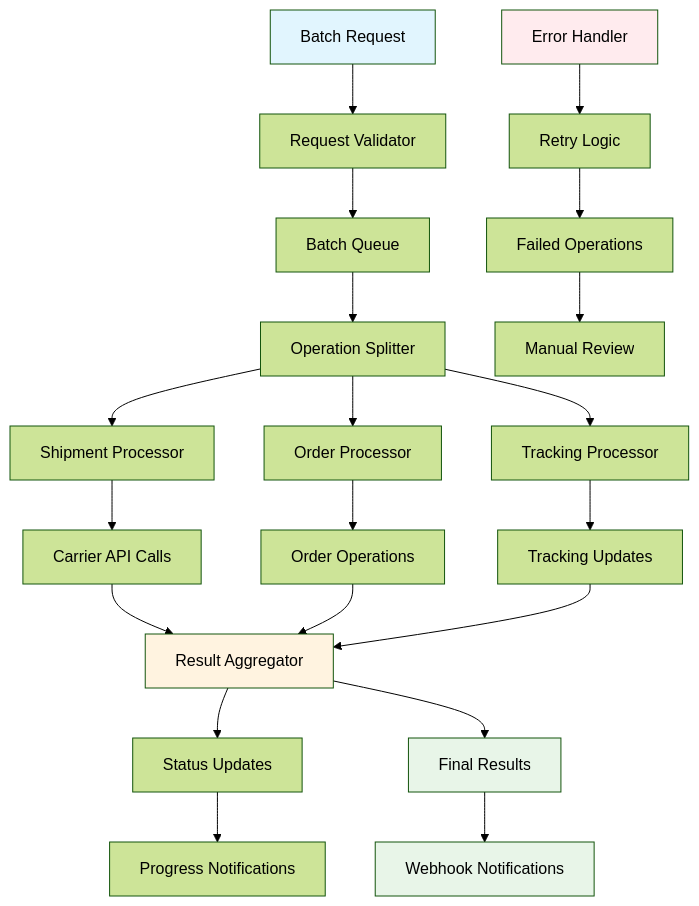
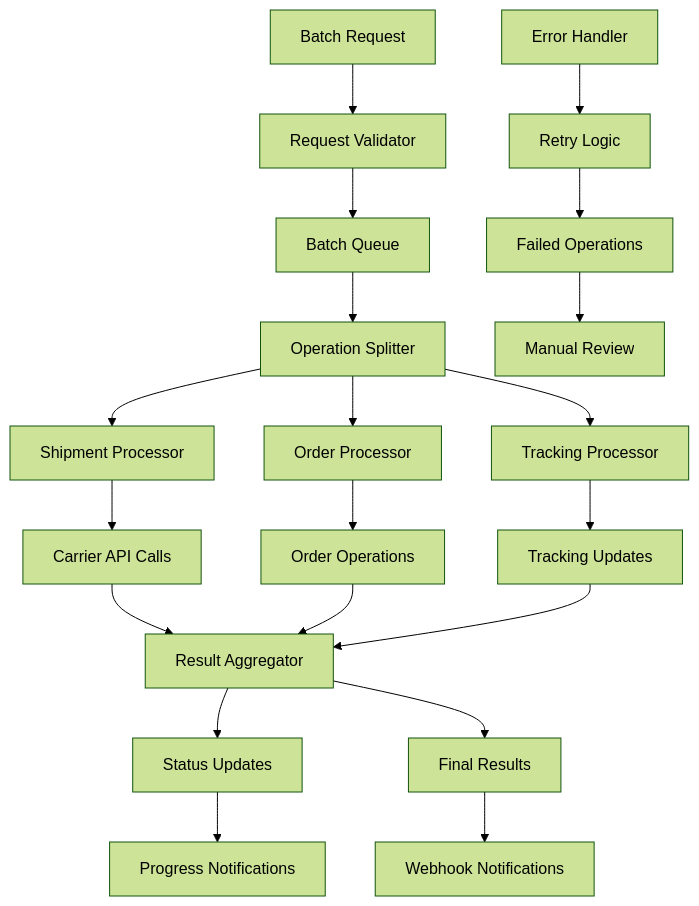
One commit to karrioapi/karrio changed the diagram in apps/web/src/app/docs/products/batch-processing/page.mdx. Above: the diagram before and after it, drawn with Mermaid (forest theme). The commit also changed 34 other files, not shown here.

````diff
--- a/apps/web/src/app/docs/products/batch-processing/page.mdx
+++ b/apps/web/src/app/docs/products/batch-processing/page.mdx
@@ -68,34 +68,30 @@
 ```mermaid
 flowchart TD
     A[Batch Request] --> B[Request Validator]
     B --> C[Batch Queue]
     C --> D[Operation Splitter]
 
     D --> E[Shipment Processor]
     D --> F[Order Processor]
     D --> G[Tracking Processor]
 
     E --> H[Carrier API Calls]
     F --> I[Order Operations]
     G --> J[Tracking Updates]
 
     H --> K[Result Aggregator]
     I --> K
     J --> K
 
     K --> L[Status Updates]
     L --> M[Progress Notifications]
 
     K --> N[Final Results]
     N --> O[Webhook Notifications]
 
     P[Error Handler] --> Q[Retry Logic]
     Q --> R[Failed Operations]
     R --> S[Manual Review]
 
-    style A fill:#e1f5fe
-    style K fill:#fff3e0
-    style N fill:#e8f5e8
-    style O fill:#e8f5e8
-    style P fill:#ffebee
+    
 ```
````
